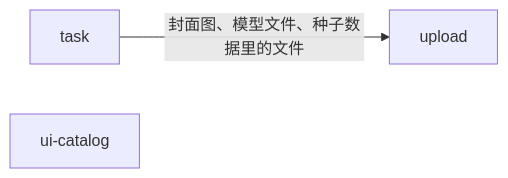
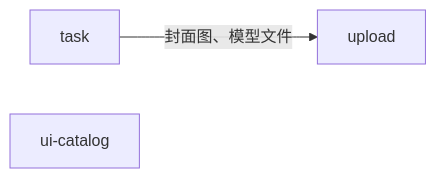
The diagram in docs/features.md (fhyfhyfhy/next-template), drawn with Mermaid before and after one commit. The commit also changed other lines of this file and 55 other files, not shown here.

````diff
--- a/docs/features.md
+++ b/docs/features.md
@@ -9,5 +9,5 @@
 ```mermaid
 flowchart LR
-  task[task] -->|封面图、模型文件、种子数据里的文件| upload[upload]
+  task[task] -->|封面图、模型文件| upload[upload]
   catalog[ui-catalog]
 ```
````
